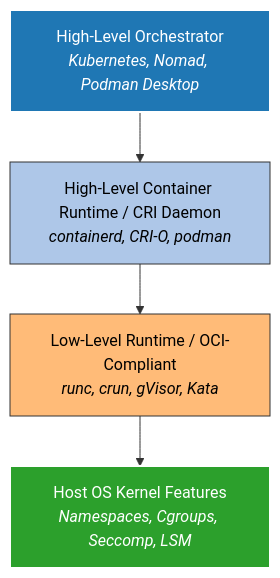
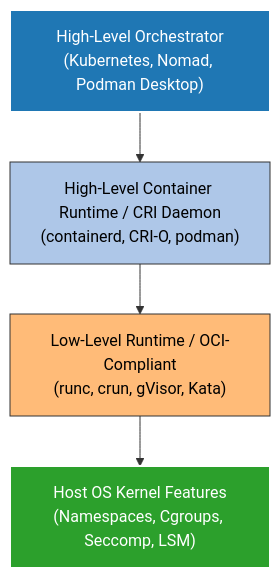
Before and after one commit to FriendlyUser/astro-tech-blog: the first of 4 diagrams in src/pages/posts/tech/2026/docker_comparsions.md, drawn with Mermaid. The commit also changed other lines of this file, not shown here.

````diff
--- a/src/pages/posts/tech/2026/docker_comparsions.md
+++ b/src/pages/posts/tech/2026/docker_comparsions.md
@@ -22,11 +22,16 @@
 ```mermaid
 graph TD
-    A[High-Level Orchestrator<br><i>Kubernetes, Nomad, Podman Desktop</i>] --> B[High-Level Container Runtime / CRI Daemon<br><i>containerd, CRI-O, podman</i>]
-    B --> C[Low-Level Runtime / OCI-Compliant<br><i>runc, crun, gVisor, Kata</i>]
-    C --> D[Host OS Kernel Features<br><i>Namespaces, Cgroups, Seccomp, LSM</i>]
+    A["High-Level Orchestrator<br>(Kubernetes, Nomad, Podman Desktop)"]
+    B["High-Level Container Runtime / CRI Daemon<br>(containerd, CRI-O, podman)"]
+    C["Low-Level Runtime / OCI-Compliant<br>(runc, crun, gVisor, Kata)"]
+    D["Host OS Kernel Features<br>(Namespaces, Cgroups, Seccomp, LSM)"]
+
+    A --> B
+    B --> C
+    C --> D
 
     style A fill:#1f77b4,stroke:#fff,stroke-width:2px,color:#fff
     style B fill:#aec7e8,stroke:#333,stroke-width:1px,color:#000
     style C fill:#ffbb78,stroke:#333,stroke-width:1px,color:#000
     style D fill:#2ca02c,stroke:#fff,stroke-width:2px,color:#fff
 ```
````
